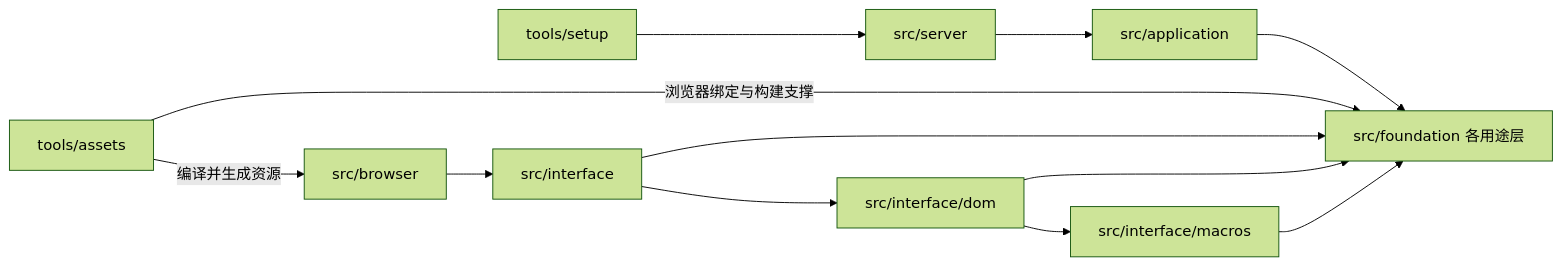
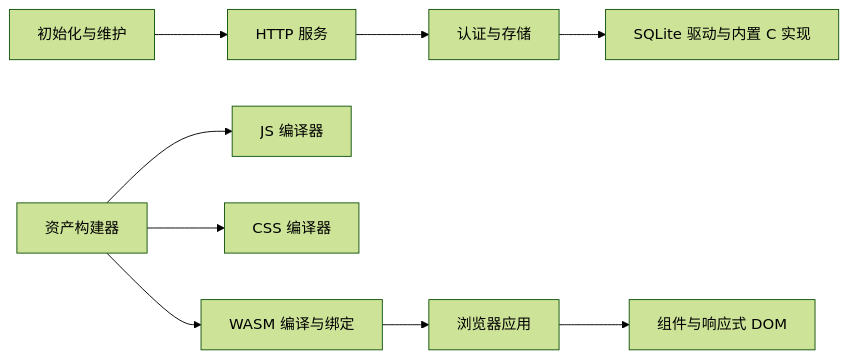
The diagram in docs/maintained-design.md (isarmg/xocs), drawn with Mermaid (forest theme) before and after one commit. The commit also changed other lines of this file and 3427 other files, not shown here.

````diff
--- a/docs/maintained-design.md
+++ b/docs/maintained-design.md
@@ -26,14 +21,11 @@
 ```mermaid
 flowchart LR
-  setup[tools/setup] --> server[src/server]
-  server --> application[src/application]
-  application --> foundation[src/foundation 各用途层]
-  assets[tools/assets] -->|编译并生成资源| browser[src/browser]
-  assets -->|浏览器绑定与构建支撑| foundation
-  browser --> interface[src/interface]
-  interface --> dom[src/interface/dom]
-  dom --> macros[src/interface/macros]
-  interface --> foundation
-  dom --> foundation
-  macros --> foundation
+  setup[初始化与维护] --> server[HTTP 服务]
+  server --> application[认证与存储]
+  application --> sqlite[SQLite 驱动与内置 C 实现]
+  assets[资产构建器] --> js[JS 编译器]
+  assets --> css[CSS 编译器]
+  assets --> wasm[WASM 编译与绑定]
+  wasm --> browser[浏览器应用]
+  browser --> interface[组件与响应式 DOM]
 ```
````
